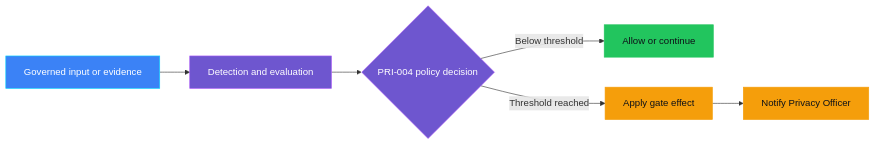
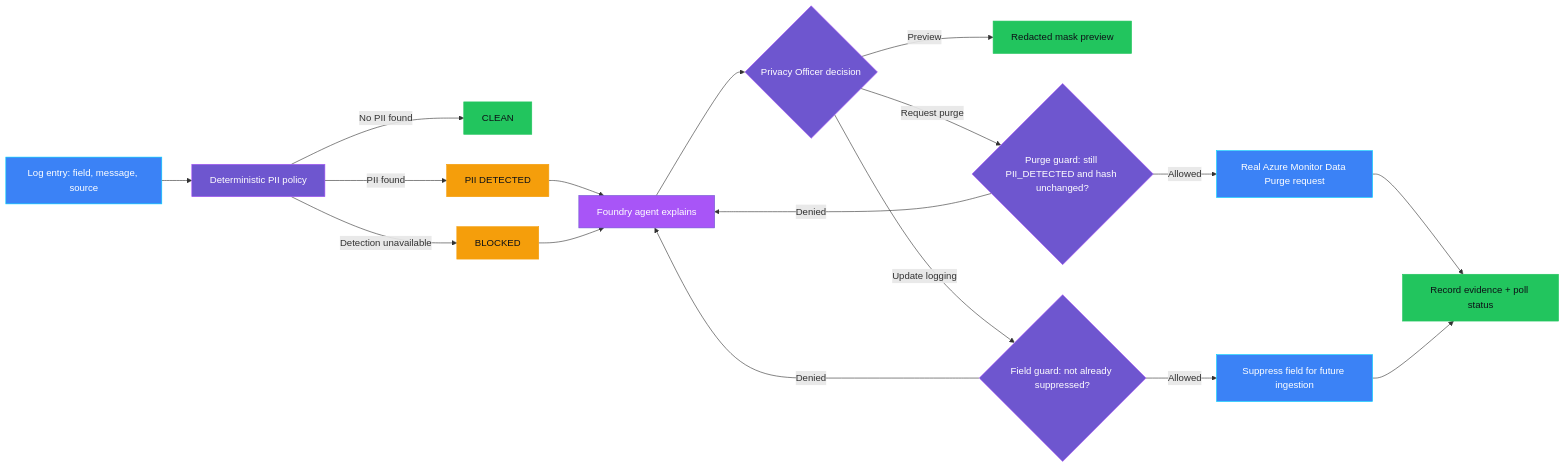
The first of 2 diagrams in controls/privacy/PRI-004_personal_data_in_logs/README.md (doruit/forged-with-foundry), drawn with Mermaid before and after one commit. The commit also changed other lines of this file and 3 other files, not shown here.

````diff
--- a/controls/privacy/PRI-004_personal_data_in_logs/README.md
+++ b/controls/privacy/PRI-004_personal_data_in_logs/README.md
@@ -41,17 +119,30 @@
 ```mermaid
 flowchart LR
-    I[Governed input or evidence] --> D[Detection and evaluation]
-    D --> P{PRI-004 policy decision}
-    P -->|Below threshold| A[Allow or continue]
-    P -->|Threshold reached| E[Apply gate effect]
-    E --> O[Notify Privacy Officer]
+  S[Log entry: field, message, source] --> P[Deterministic PII policy]
+  P -->|No PII found| C[CLEAN]
+  P -->|PII found| D[PII DETECTED]
+  P -->|Detection unavailable| X[BLOCKED]
+  D --> A[Foundry agent explains]
+  X --> A
+  A --> M{Privacy Officer decision}
+  M -->|Preview| K[Redacted mask preview]
+  M -->|Request purge| G{Purge guard: still PII_DETECTED and hash unchanged?}
+  G -->|Denied| A
+  G -->|Allowed| U[Real Azure Monitor Data Purge request]
+  M -->|Update logging| F{Field guard: not already suppressed?}
+  F -->|Denied| A
+  F -->|Allowed| L[Suppress field for future ingestion]
+  U --> R[Record evidence + poll status]
+  L --> R
 
     classDef governance fill:#6E56CF,stroke:#A855F7,color:#FFFFFF
     classDef platform fill:#3B82F6,stroke:#00D4FF,color:#FFFFFF
+    classDef intelligence fill:#A855F7,stroke:#6E56CF,color:#FFFFFF
     classDef success fill:#22C55E,stroke:#22C55E,color:#0D1117
     classDef attention fill:#F59E0B,stroke:#F59E0B,color:#0D1117
-    class D,P governance
-    class I platform
-    class A success
-    class E,O attention
+    class S,U,L platform
+    class P,M,G,F governance
+    class A intelligence
+    class C,K,R success
+    class D,X attention
 ```
````
